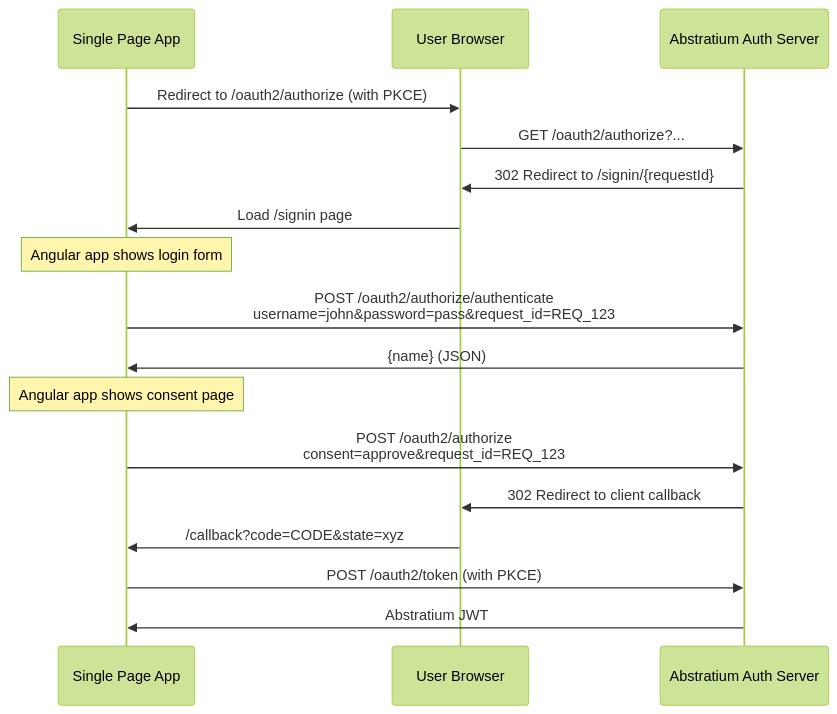
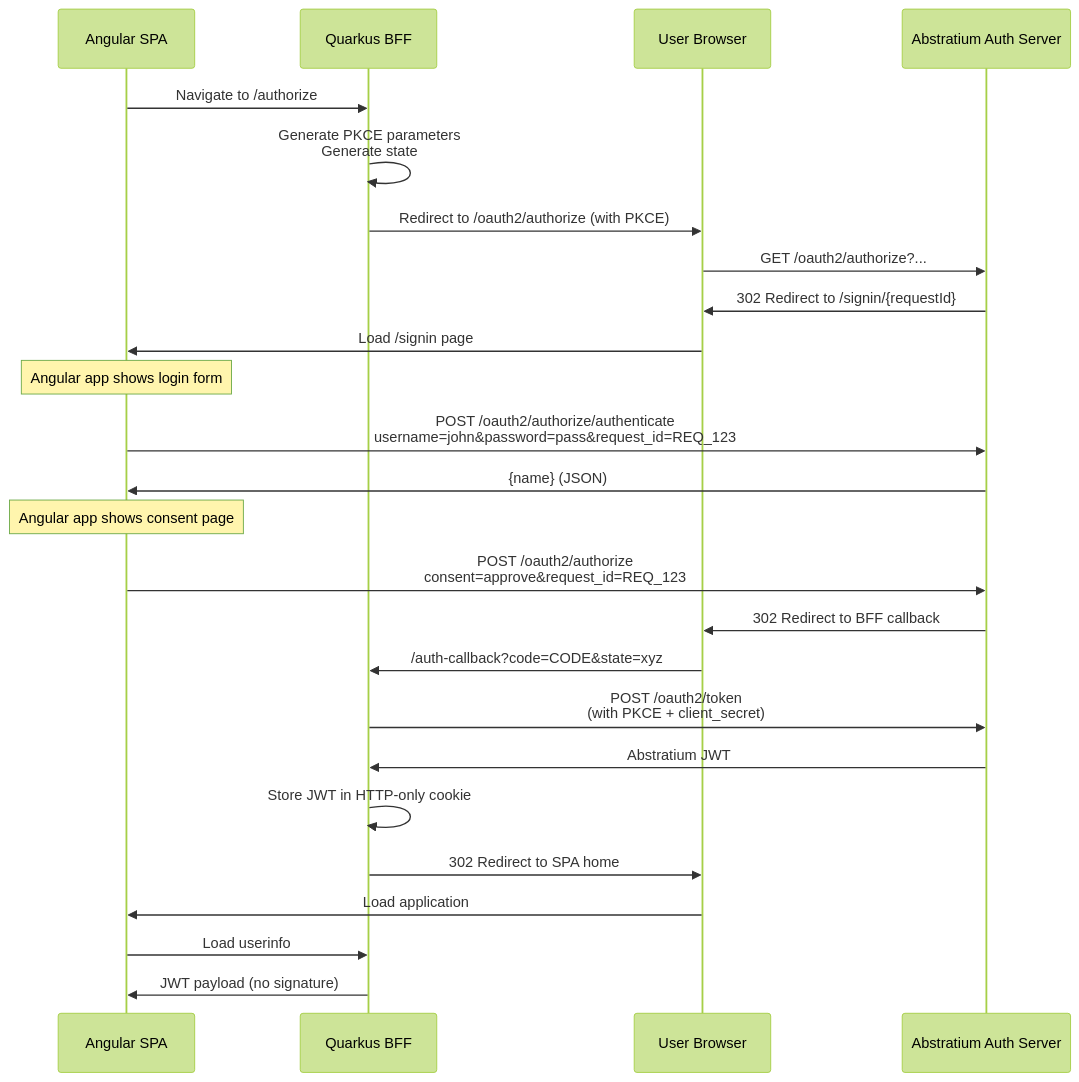
Before and after one commit to abstratium-dev/abstrauth: the third of 4 diagrams in docs/oauth/FEDERATED_LOGIN.md, drawn with Mermaid (forest theme). The commit also changed other lines of this file and 46 other files, not shown here.

````diff
--- a/docs/oauth/FEDERATED_LOGIN.md
+++ b/docs/oauth/FEDERATED_LOGIN.md
@@ -199,25 +220,33 @@
 ```mermaid
 sequenceDiagram
-    participant SPA as Single Page App
+    participant SPA as Angular SPA
+    participant BFF as Quarkus BFF
     participant Browser as User Browser
     participant AuthServer as Abstratium Auth Server
 
-    SPA->>Browser: Redirect to /oauth2/authorize (with PKCE)
+    SPA->>BFF: Navigate to /authorize
+    BFF->>BFF: Generate PKCE parameters<br/>Generate state
+    BFF->>Browser: Redirect to /oauth2/authorize (with PKCE)
     Browser->>AuthServer: GET /oauth2/authorize?...
     
     AuthServer->>Browser: 302 Redirect to /signin/{requestId}
     Browser->>SPA: Load /signin page
     
     Note over SPA: Angular app shows login form
     SPA->>AuthServer: POST /oauth2/authorize/authenticate<br/>username=john&password=pass&request_id=REQ_123
     AuthServer->>SPA: {name} (JSON)
     
     Note over SPA: Angular app shows consent page
     SPA->>AuthServer: POST /oauth2/authorize<br/>consent=approve&request_id=REQ_123
     
-    AuthServer->>Browser: 302 Redirect to client callback
-    Browser->>SPA: /callback?code=CODE&state=xyz
+    AuthServer->>Browser: 302 Redirect to BFF callback
+    Browser->>BFF: /auth-callback?code=CODE&state=xyz
     
-    SPA->>AuthServer: POST /oauth2/token (with PKCE)
-    AuthServer->>SPA: Abstratium JWT
+    BFF->>AuthServer: POST /oauth2/token<br/>(with PKCE + client_secret)
+    AuthServer->>BFF: Abstratium JWT
+    BFF->>BFF: Store JWT in HTTP-only cookie
+    BFF->>Browser: 302 Redirect to SPA home
+    Browser->>SPA: Load application
+    SPA->>BFF: Load userinfo
+    BFF->>SPA: JWT payload (no signature)
 ```
````
